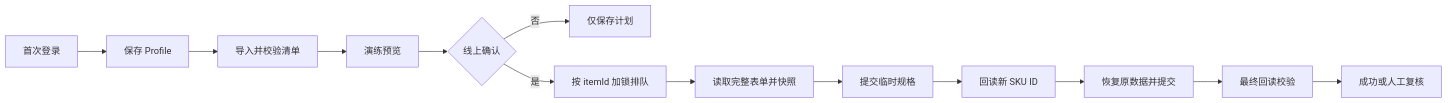
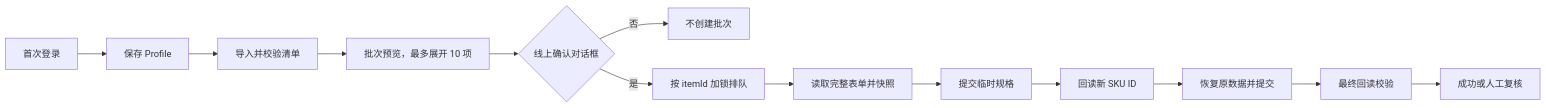
Before and after one commit to Asherggg/tmall-sku-worker: the diagram in docs/product/PRD.md, drawn with Mermaid. The commit also changed other lines of this file and 14 other files, not shown here.

````diff
--- a/docs/product/PRD.md
+++ b/docs/product/PRD.md
@@ -77,15 +77,15 @@
 ```mermaid
 flowchart LR
   A[首次登录] --> B[保存 Profile]
   B --> C[导入并校验清单]
-  C --> D[演练预览]
-  D --> E{线上确认}
-  E -- 否 --> F[仅保存计划]
+  C --> D[批次预览，最多展开 10 项]
+  D --> E{线上确认对话框}
+  E -- 否 --> F[不创建批次]
   E -- 是 --> G[按 itemId 加锁排队]
   G --> H[读取完整表单并快照]
   H --> I[提交临时规格]
   I --> J[回读新 SKU ID]
   J --> K[恢复原数据并提交]
   K --> L[最终回读校验]
   L --> M[成功或人工复核]
 ```
````
